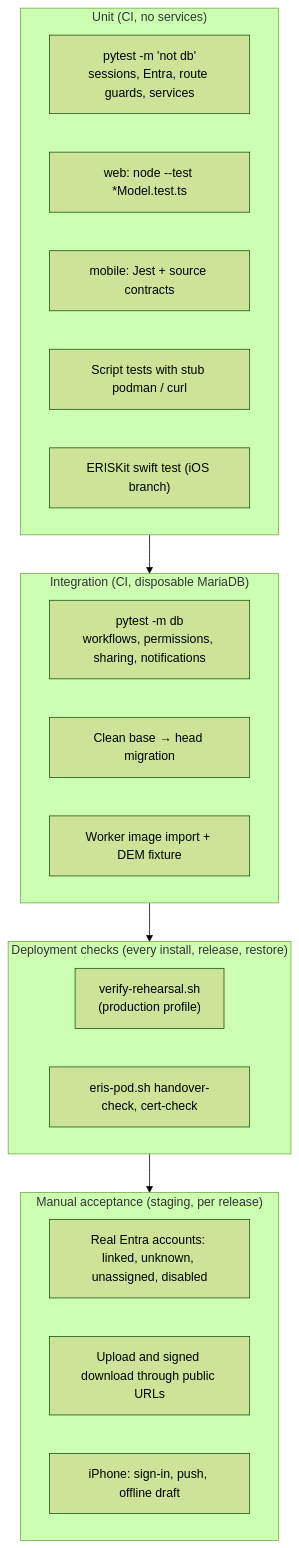
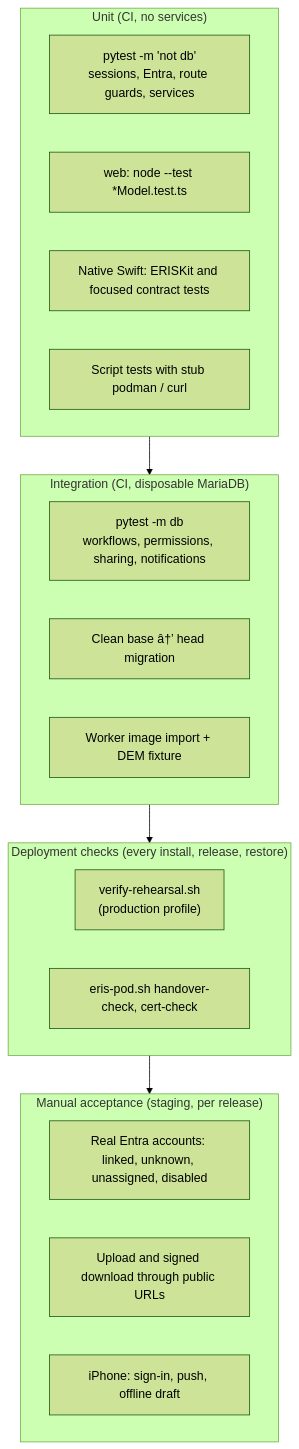
The diagram in docs/development/testing.md (Alexeitor292/ERIS_REACT_native), drawn with Mermaid (forest theme) before and after one commit. The commit also changed other lines of this file and 338 other files, not shown here.

````diff
--- a/docs/development/testing.md
+++ b/docs/development/testing.md
@@ -9,25 +9,24 @@
 ```mermaid
 flowchart TB
     subgraph manual["Manual acceptance (staging, per release)"]
         m1["Real Entra accounts: linked, unknown, unassigned, disabled"]
         m2["Upload and signed download through public URLs"]
         m3["iPhone: sign-in, push, offline draft"]
     end
     subgraph deploy["Deployment checks (every install, release, restore)"]
         d1["verify-rehearsal.sh<br/>(production profile)"]
         d2["eris-pod.sh handover-check, cert-check"]
     end
     subgraph integration["Integration (CI, disposable MariaDB)"]
         i1["pytest -m db<br/>workflows, permissions, sharing, notifications"]
-        i2["Clean base → head migration"]
+        i2["Clean base â†’ head migration"]
         i3["Worker image import + DEM fixture"]
     end
     subgraph unit["Unit (CI, no services)"]
         u1["pytest -m 'not db'<br/>sessions, Entra, route guards, services"]
         u2["web: node --test *Model.test.ts"]
-        u3["mobile: Jest + source contracts"]
+        u3["Native Swift: ERISKit and focused contract tests"]
         u4["Script tests with stub podman / curl"]
-        u5["ERISKit swift test (iOS branch)"]
     end
     unit --> integration --> deploy --> manual
 ```
````
